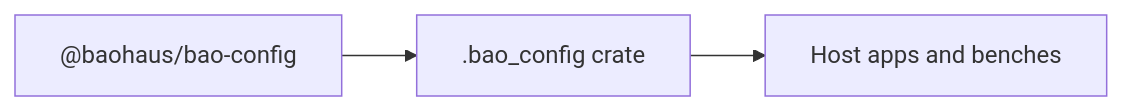
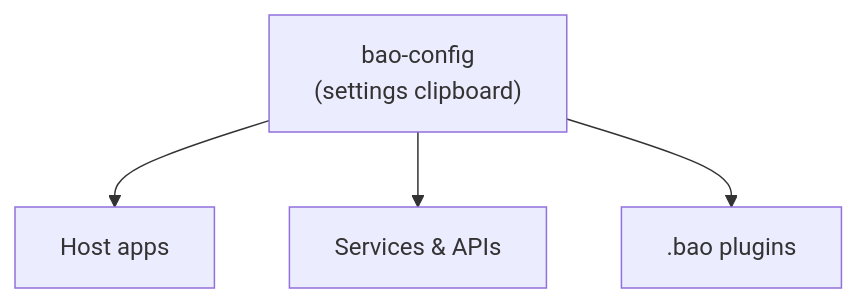
Before and after one commit to d4551/docduckgoose: the diagram in bao-source/bao-config/README.md, drawn with Mermaid. The commit also changed other lines of this file and 295 other files, not shown here.

````diff
--- a/bao-source/bao-config/README.md
+++ b/bao-source/bao-config/README.md
@@ -10,5 +15,7 @@
 ```mermaid
-flowchart LR
-  producer["@baohaus/bao-config"] --> crate[".bao_config crate"]
-  crate --> consumers["Host apps and benches"]
+flowchart TD
+  config["bao-config\n(settings clipboard)"]
+  config --> app["Host apps"]
+  config --> services["Services & APIs"]
+  config --> plugins[".bao plugins"]
 ```
````
